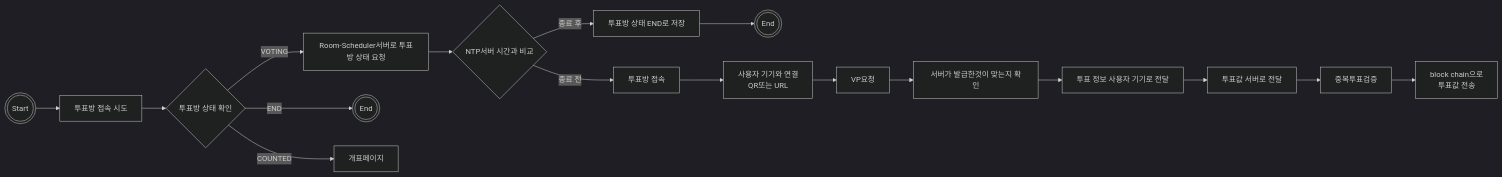
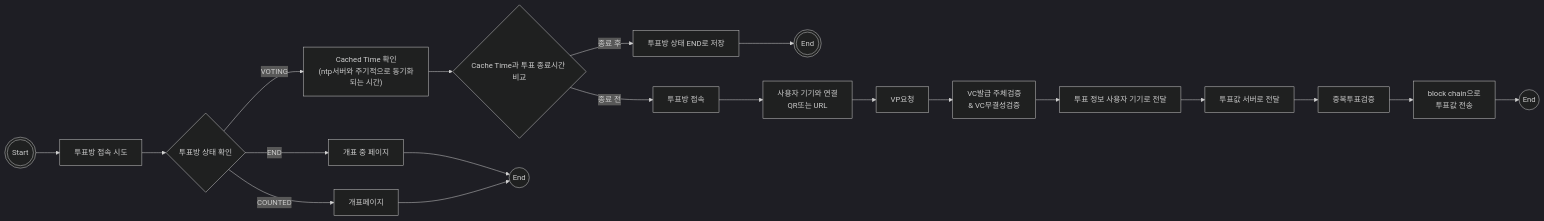
The third of 5 diagrams in README.md (jjhwan-h/2024_CBNU_DIDI), drawn with Mermaid (dark theme) before and after one commit. The commit also changed other lines of this file, not shown here.

````diff
--- a/README.md
+++ b/README.md
@@ -109,22 +109,27 @@
 ```mermaid
 graph LR
 %%투표
 start(((Start))) --> id1[투표방 접속 시도]
 id1 --> id2{투표방 상태 확인}
-id2 -- VOTING --> id3[Room-Scheduler서버로 투표방 상태 요청]
-id2 -- END --> id4(((End)))
+id2 -- VOTING --> id3[Cached Time 확인
+#40;ntp서버와 주기적으로 동기화되는 시간#41;]
+id2 -- END --> id4[개표 중 페이지]
 id2 -- COUNTED --> id16[개표페이지]
-id3 --> id5{NTP서버 시간과 비교}
+id3 --> id5{Cache Time과 투표 종료시간 비교}
+id4 --> id17((End))
+id16 --> id17((End))
 id5 -- 종료 전 --> id6[투표방 접속]
 id5 -- 종료 후 --> id7[투표방 상태 END로 저장]
 id7 --> id8(((End)))
 id6 -->id9[사용자 기기와 연결
 QR또는 URL]
 id9 --> id10[VP요청]
-id10 --> id11[서버가 발급한것이 맞는지 확인]
+id10 --> id11[VC발급 주체검증
+& VC무결성검증]
 id11 -->id12[투표 정보 사용자 기기로 전달]
 id12 --> id13[투표값 서버로 전달]
 id13 --> id14[중복투표검증]
 id14 --> id15[block chain으로
 투표값 전송]
+id15 --> id18((End))
 ```
````
